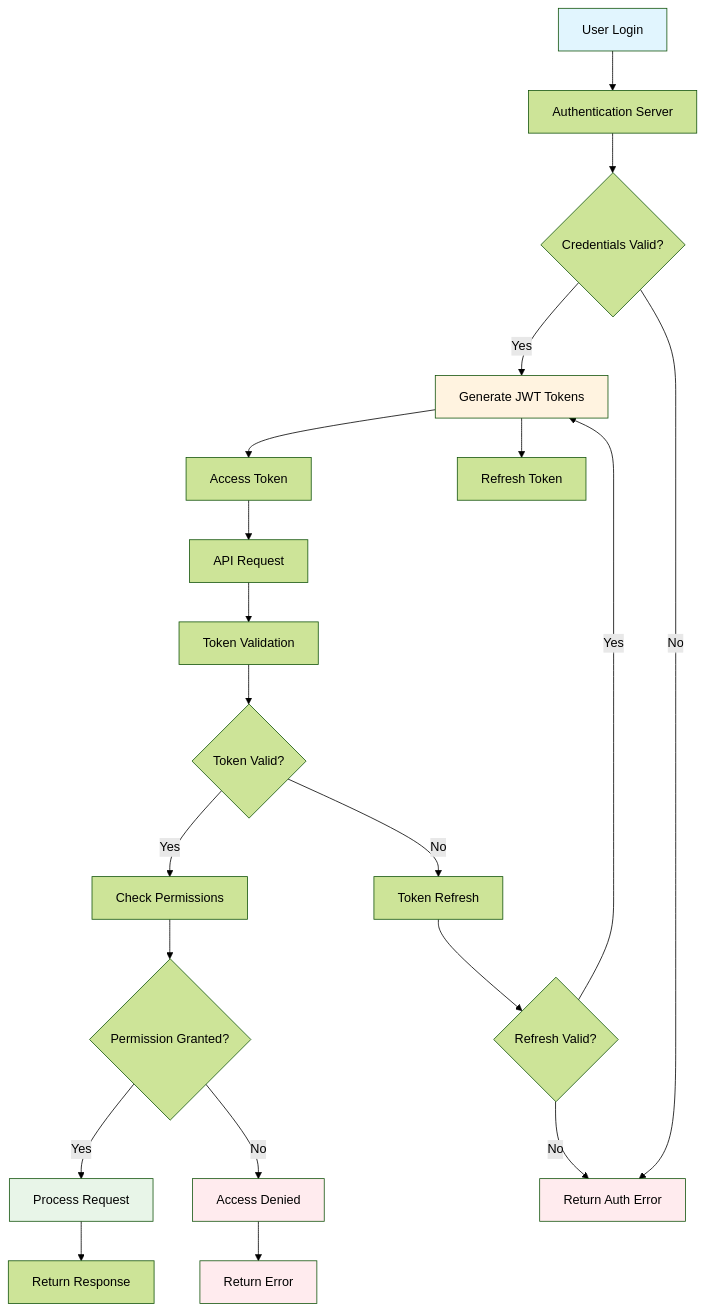
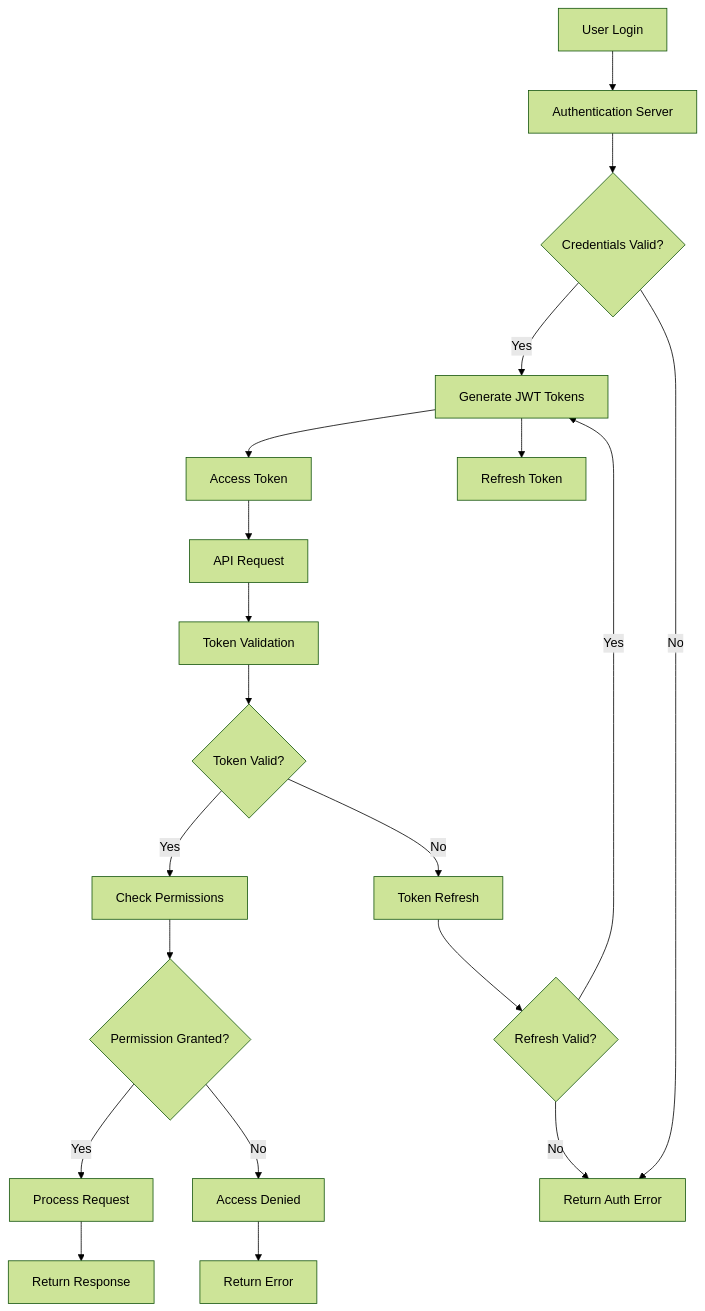
The diagram in apps/web/src/app/docs/products/user-management/page.mdx (karrioapi/karrio), drawn with Mermaid (forest theme) before and after one commit. The commit also changed 34 other files, not shown here.

````diff
--- a/apps/web/src/app/docs/products/user-management/page.mdx
+++ b/apps/web/src/app/docs/products/user-management/page.mdx
@@ -65,36 +65,31 @@
 ```mermaid
 flowchart TD
     A[User Login] --> B[Authentication Server]
     B --> C{Credentials Valid?}
 
     C -->|Yes| D[Generate JWT Tokens]
     C -->|No| E[Return Auth Error]
 
     D --> F[Access Token]
     D --> G[Refresh Token]
 
     F --> H[API Request]
     H --> I[Token Validation]
     I --> J{Token Valid?}
 
     J -->|Yes| K[Check Permissions]
     J -->|No| L[Token Refresh]
 
     L --> M{Refresh Valid?}
     M -->|Yes| D
     M -->|No| E
 
     K --> N{Permission Granted?}
     N -->|Yes| O[Process Request]
     N -->|No| P[Access Denied]
 
     O --> Q[Return Response]
     P --> R[Return Error]
 
-    style A fill:#e1f5fe
-    style D fill:#fff3e0
-    style O fill:#e8f5e8
-    style E fill:#ffebee
-    style P fill:#ffebee
-    style R fill:#ffebee
+    
 ```
````
